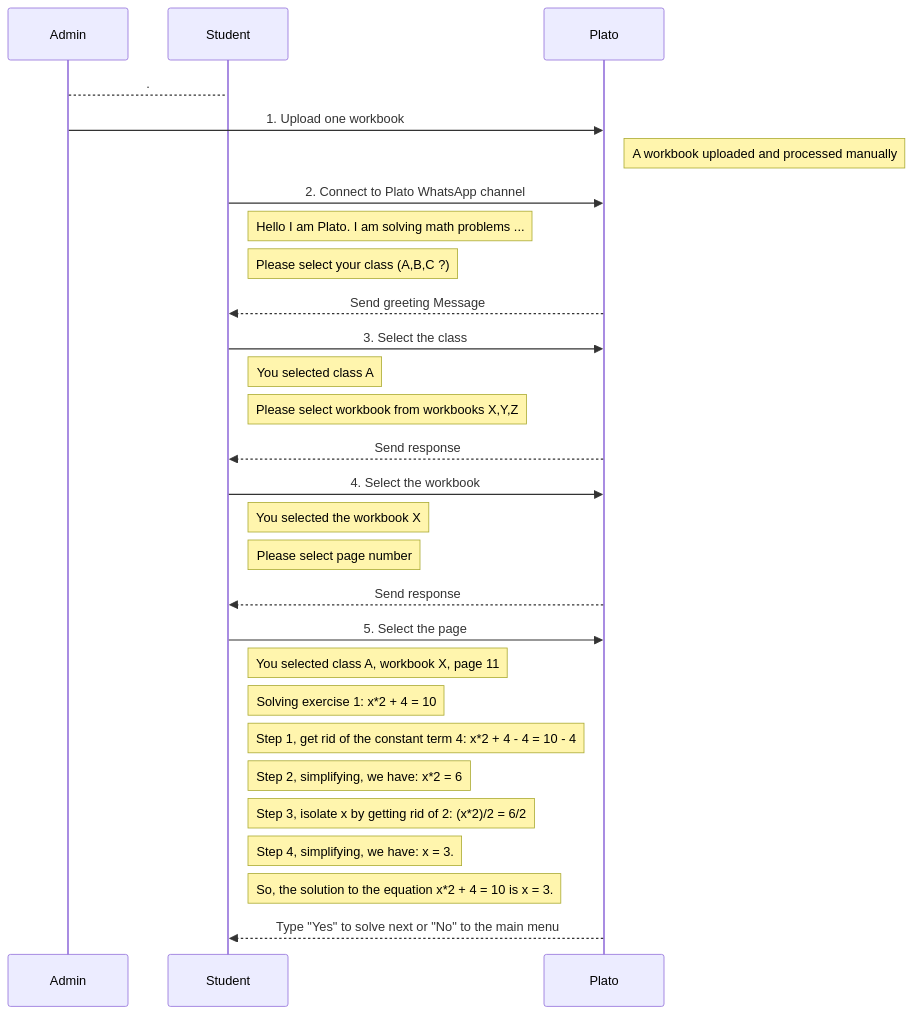
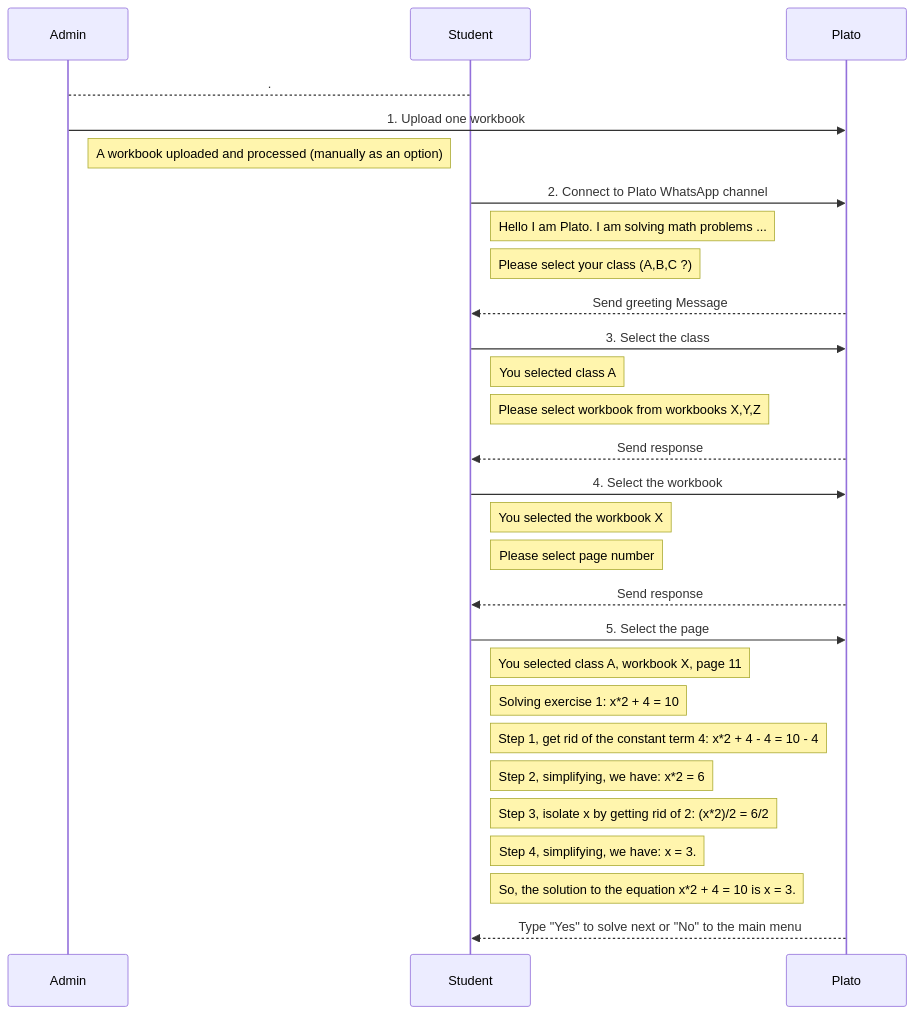
The third of 4 diagrams in docs/design.md (dimastatz/plato), drawn with Mermaid before and after one commit.

Commit message:
fix MVP description

````diff
--- a/docs/design.md
+++ b/docs/design.md
@@ -96,32 +96,32 @@
 ```mermaid
 sequenceDiagram
 Admin-->Student: .
 
 Admin->>Plato: 1. Upload one workbook
-Note right of Plato: A workbook uploaded and processed manually
+Note right of Admin: A workbook uploaded and processed (manually as an option)
 
 Student->>Plato: 2. Connect to Plato WhatsApp channel
 Note right of Student: Hello I am Plato. I am solving math problems ...
 Note right of Student: Please select your class (A,B,C ?)
 Plato-->>Student: Send greeting Message 
 
 Student->>Plato: 3. Select the class
 Note right of Student: You selected class A
 Note right of Student: Please select workbook from workbooks X,Y,Z
 Plato-->>Student: Send response 
 
 Student->>Plato: 4. Select the workbook
 Note right of Student: You selected the workbook X
 Note right of Student: Please select page number
 Plato-->>Student: Send response 
 
 Student->>Plato: 5. Select the page
 Note right of Student: You selected class A, workbook X, page 11
 Note right of Student: Solving exercise 1: x*2 + 4 = 10
 Note right of Student: Step 1, get rid of the constant term 4: x*2 + 4 - 4 = 10 - 4
 Note right of Student: Step 2, simplifying, we have: x*2 = 6
 Note right of Student: Step 3, isolate x by getting rid of 2: (x*2)/2 = 6/2
 Note right of Student: Step 4, simplifying, we have: x = 3.
 Note right of Student: So, the solution to the equation x*2 + 4 = 10 is x = 3.
 Plato-->>Student: Type "Yes" to solve next or "No" to the main menu 
 ```
````
